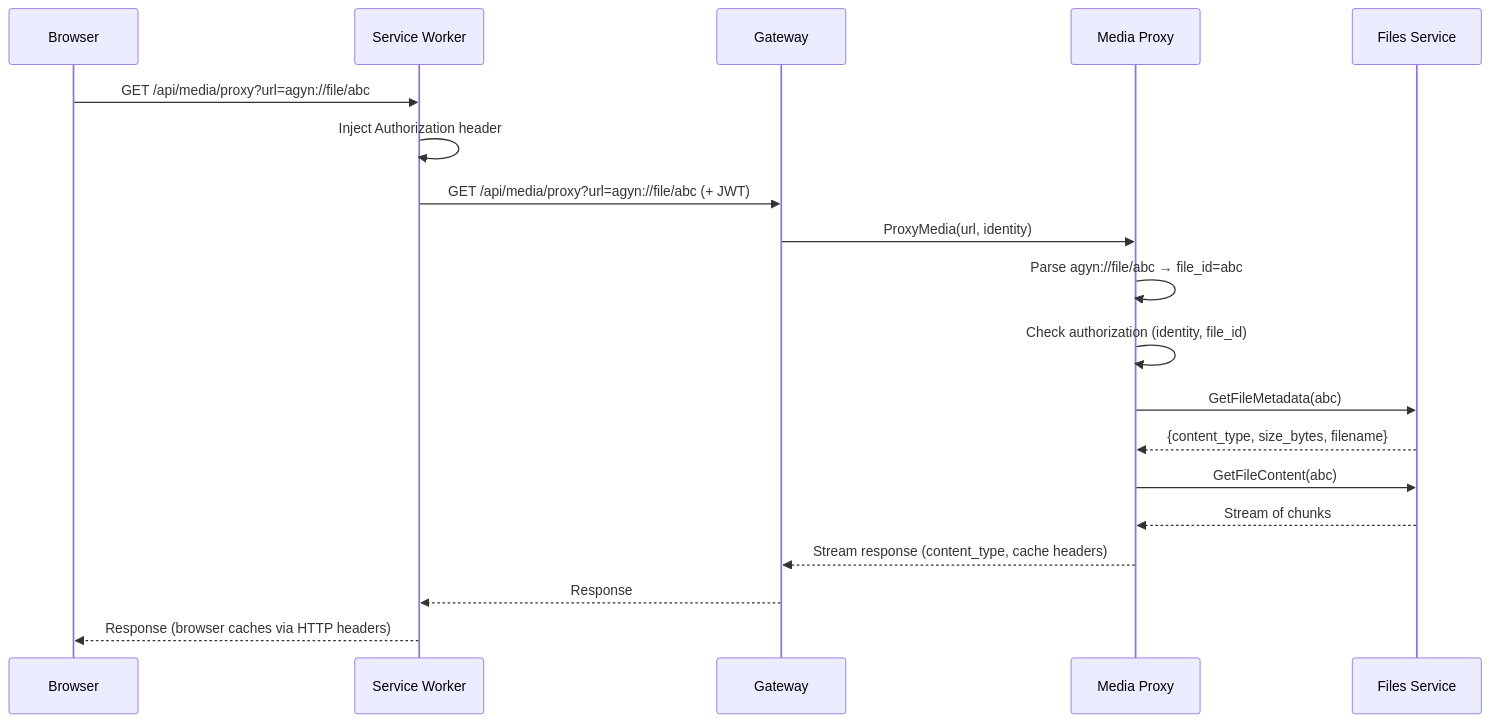
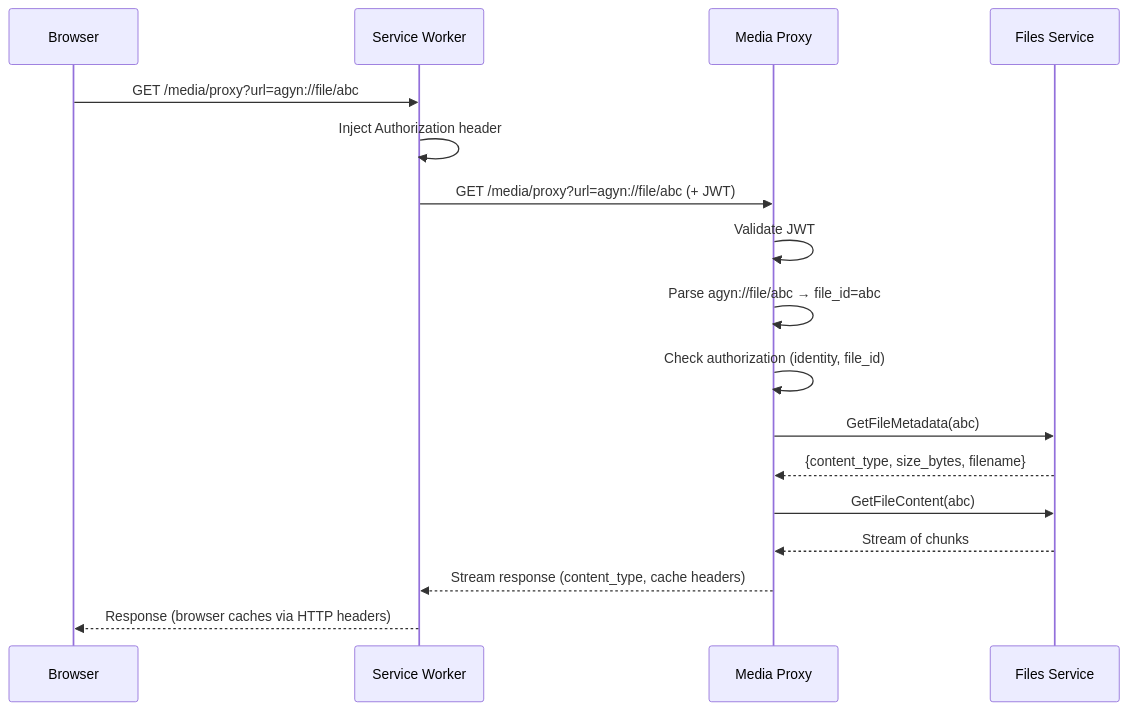
Before and after one commit to agynio/architecture: the second of 2 diagrams in architecture/media-proxy.md, drawn with Mermaid. The commit also changed other lines of this file and 2 other files, not shown here.

First line of the commit message:
Media Proxy: independent ingress, not routed through Gateway

````diff
--- a/architecture/media-proxy.md
+++ b/architecture/media-proxy.md
@@ -79,22 +87,20 @@
 ```mermaid
 sequenceDiagram
     participant B as Browser
     participant SW as Service Worker
-    participant GW as Gateway
     participant MP as Media Proxy
     participant F as Files Service
 
-    B->>SW: GET /api/media/proxy?url=agyn://file/abc
+    B->>SW: GET /media/proxy?url=agyn://file/abc
     SW->>SW: Inject Authorization header
-    SW->>GW: GET /api/media/proxy?url=agyn://file/abc (+ JWT)
-    GW->>MP: ProxyMedia(url, identity)
+    SW->>MP: GET /media/proxy?url=agyn://file/abc (+ JWT)
+    MP->>MP: Validate JWT
     MP->>MP: Parse agyn://file/abc → file_id=abc
     MP->>MP: Check authorization (identity, file_id)
     MP->>F: GetFileMetadata(abc)
     F-->>MP: {content_type, size_bytes, filename}
     MP->>F: GetFileContent(abc)
     F-->>MP: Stream of chunks
-    MP-->>GW: Stream response (content_type, cache headers)
-    GW-->>SW: Response
+    MP-->>SW: Stream response (content_type, cache headers)
     SW-->>B: Response (browser caches via HTTP headers)
 ```
````
